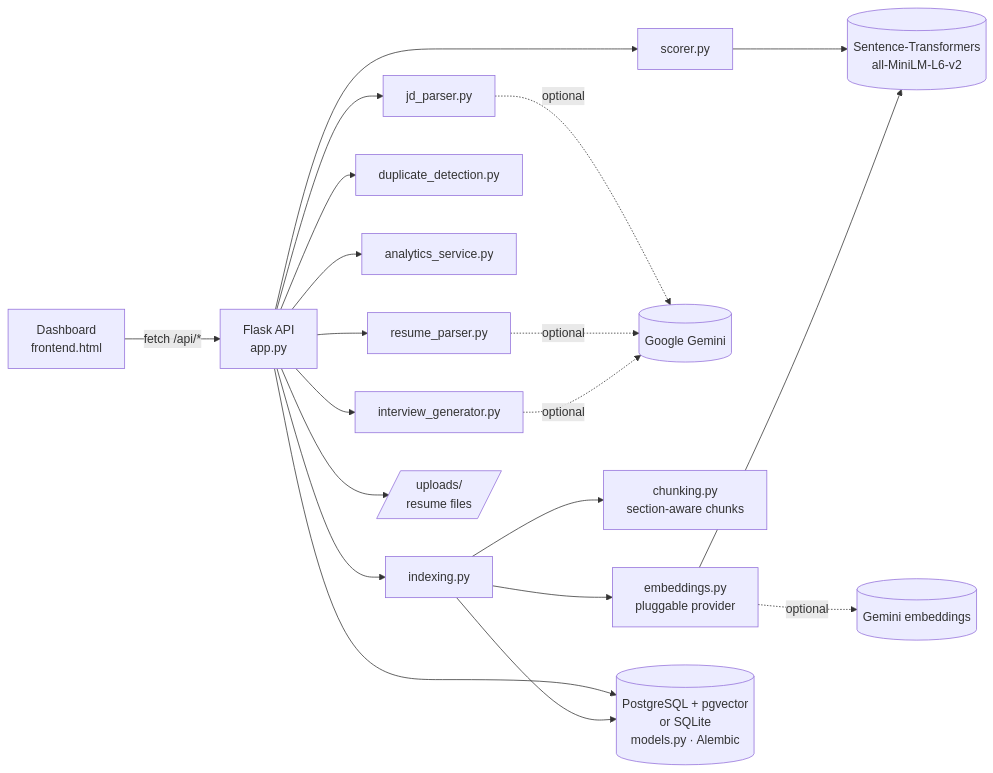
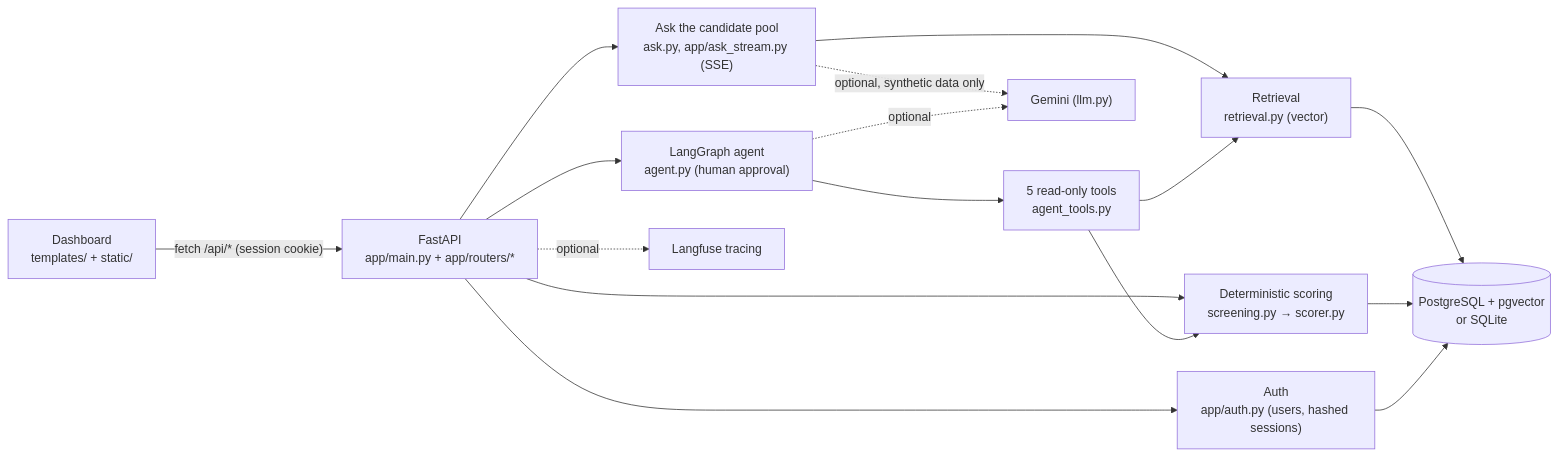
One commit to MuthuVarshith/Hire-AI changed the diagram in README.md. Above: the diagram before and after it, drawn with Mermaid. The commit also changed other lines of this file and 2 other files, not shown here.

Commit message:
README for the final architecture, contract gaps, and final notes

````diff
--- a/README.md
+++ b/README.md
@@ -112,26 +112,18 @@
 ```mermaid
 flowchart LR
-    UI["Dashboard<br/>frontend.html"] -- "fetch /api/*" --> API["Flask API<br/>app.py"]
-
-    API --> JD["jd_parser.py"]
-    API --> RP["resume_parser.py"]
-    API --> SC["scorer.py"]
-    API --> DD["duplicate_detection.py"]
-    API --> AN["analytics_service.py"]
-    API --> IQ["interview_generator.py"]
-
-    SC --> EMB[("Sentence-Transformers<br/>all-MiniLM-L6-v2")]
-    JD -. optional .-> LLM[("Google Gemini")]
-    RP -. optional .-> LLM
-    IQ -. optional .-> LLM
-
-    API --> IX["indexing.py"]
-    IX --> CH["chunking.py<br/>section-aware chunks"]
-    IX --> EP["embeddings.py<br/>pluggable provider"]
-    EP --> EMB
-    EP -. optional .-> GEMB[("Gemini embeddings")]
-
-    API --> DB[("PostgreSQL + pgvector<br/>or SQLite<br/>models.py · Alembic")]
-    IX --> DB
-    API --> UP[/"uploads/<br/>resume files"/]
+    UI["Dashboard<br/>templates/ + static/"] -- "fetch /api/* (session cookie)" --> API["FastAPI<br/>app/main.py + app/routers/*"]
+    API --> AUTH["Auth<br/>app/auth.py (users, hashed sessions)"]
+    API --> SCORE["Deterministic scoring<br/>screening.py → scorer.py"]
+    API --> ASK["Ask the candidate pool<br/>ask.py, app/ask_stream.py (SSE)"]
+    API --> AGENT["LangGraph agent<br/>agent.py (human approval)"]
+    ASK --> RET["Retrieval<br/>retrieval.py (vector)"]
+    AGENT --> TOOLS["5 read-only tools<br/>agent_tools.py"]
+    TOOLS --> SCORE
+    TOOLS --> RET
+    RET --> DB[("PostgreSQL + pgvector<br/>or SQLite")]
+    SCORE --> DB
+    AUTH --> DB
+    ASK -. "optional, synthetic data only" .-> LLM["Gemini (llm.py)"]
+    AGENT -. "optional" .-> LLM
+    API -. "optional" .-> LF["Langfuse tracing"]
 ```
````
